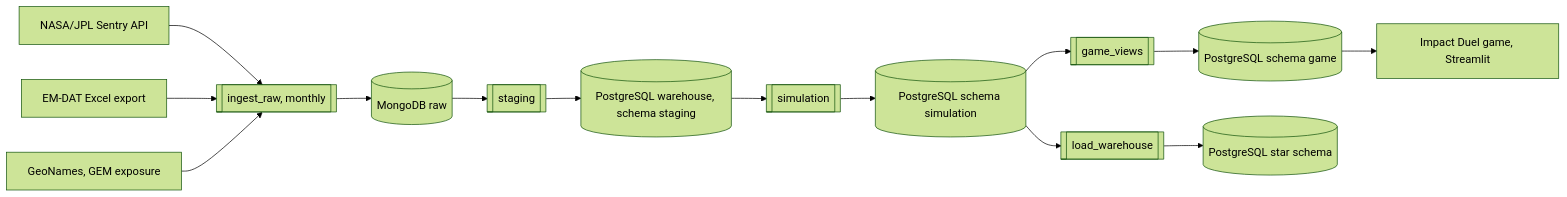
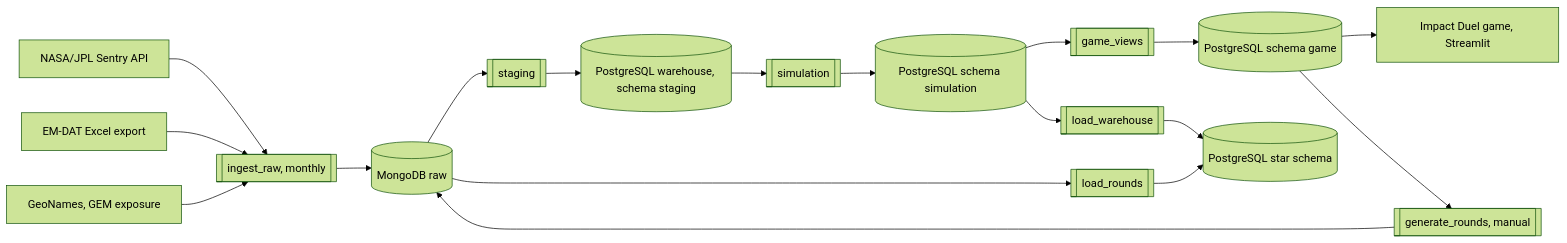
Before and after one commit to NgoHung0704/ot7-projet: the diagram in README.md, drawn with Mermaid (forest theme). The commit also changed other lines of this file and 10 other files, not shown here.

First line of the commit message:
feat(game): generate and load synthetic rounds

````diff
--- a/README.md
+++ b/README.md
@@ -117,16 +118,20 @@
 ```mermaid
 flowchart LR
   S[NASA/JPL Sentry API] --> I
   E[EM-DAT Excel export] --> I
   G[GeoNames, GEM exposure] --> I
   I[[ingest_raw, monthly]] --> M[(MongoDB raw)]
   M --> T[[staging]]
   T --> P[(PostgreSQL warehouse, schema staging)]
   P --> S2[[simulation]]
   S2 --> R[(PostgreSQL schema simulation)]
   R --> V[[game_views]]
   V --> GV[(PostgreSQL schema game)]
   GV --> APP[Impact Duel game, Streamlit]
   R --> W[[load_warehouse]]
   W --> STAR[(PostgreSQL star schema)]
+  GV --> GR[[generate_rounds, manual]]
+  GR --> M
+  M --> LR[[load_rounds]]
+  LR --> STAR
 ```
````
